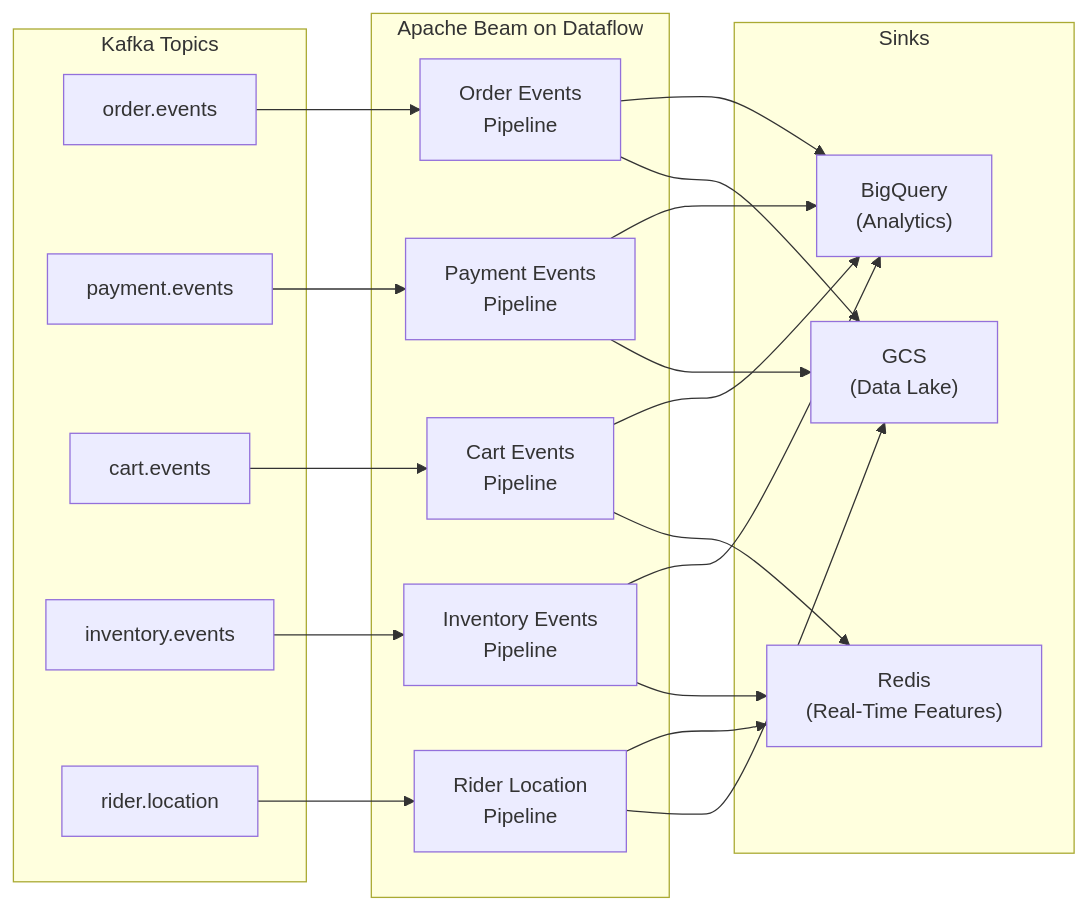
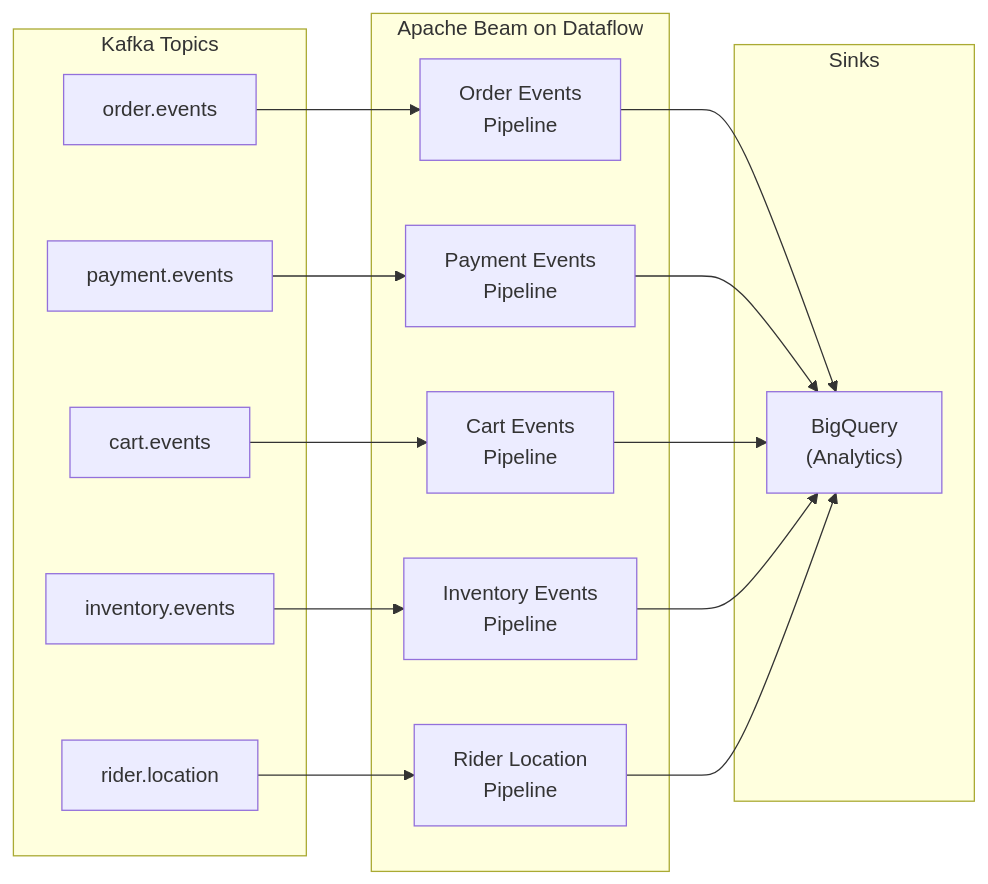
The fourth of 6 diagrams in data-platform/README.md (sunitakeazycommerz-a11y/InstaCommerce), drawn with Mermaid before and after one commit. The commit also changed other lines of this file and 2 other files, not shown here.

First line of the commit message:
docs(platform): align data ml ai readiness docs

````diff
--- a/data-platform/README.md
+++ b/data-platform/README.md
@@ -238,30 +248,28 @@
 ```mermaid
 flowchart LR
     subgraph Kafka["Kafka Topics"]
         OE["order.events"]
         PE["payment.events"]
         CE["cart.events"]
         IE["inventory.events"]
         RL["rider.location"]
     end
 
     subgraph Dataflow["Apache Beam on Dataflow"]
         OP["Order Events\nPipeline"]
         PP["Payment Events\nPipeline"]
         CP["Cart Events\nPipeline"]
         IP["Inventory Events\nPipeline"]
         RLP["Rider Location\nPipeline"]
     end
 
     subgraph Sinks["Sinks"]
         BQ["BigQuery\n(Analytics)"]
-        Redis["Redis\n(Real-Time Features)"]
-        GCS["GCS\n(Data Lake)"]
     end
 
-    OE --> OP --> BQ & GCS
-    PE --> PP --> BQ & GCS
-    CE --> CP --> BQ & Redis
-    IE --> IP --> BQ & Redis
-    RL --> RLP --> Redis & GCS
+    OE --> OP --> BQ
+    PE --> PP --> BQ
+    CE --> CP --> BQ
+    IE --> IP --> BQ
+    RL --> RLP --> BQ
 ```
````
